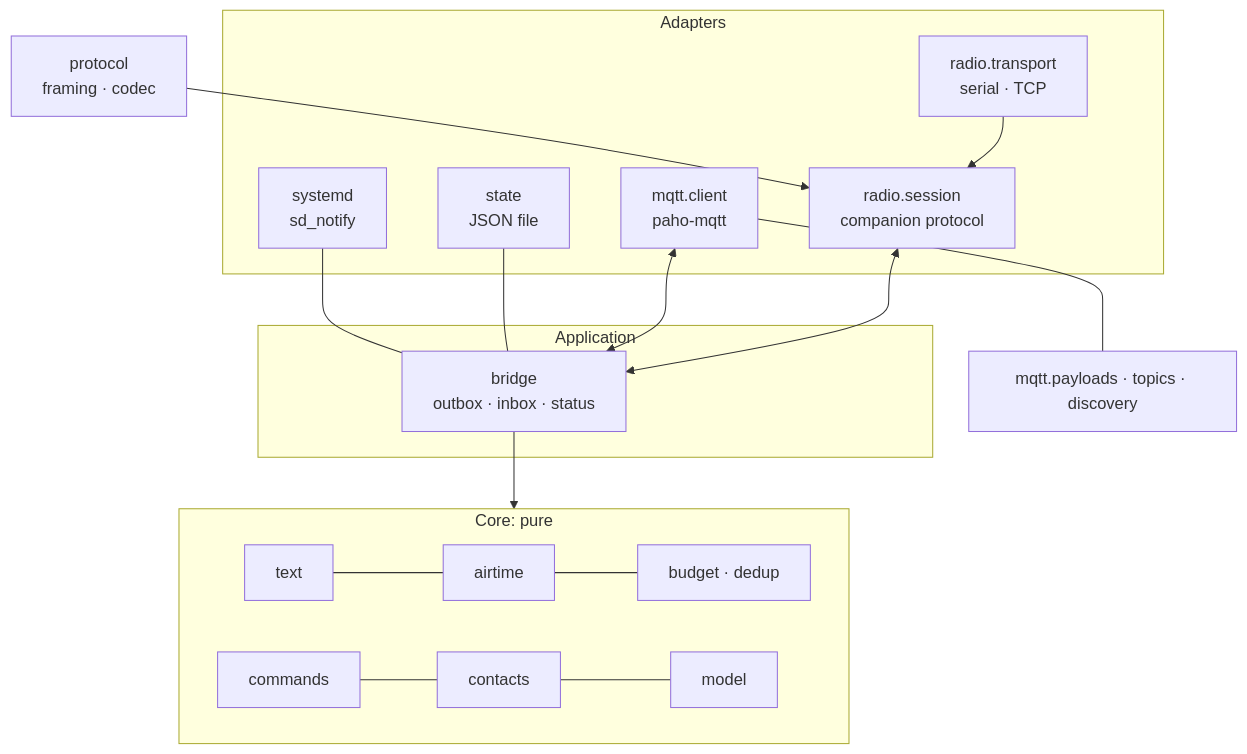
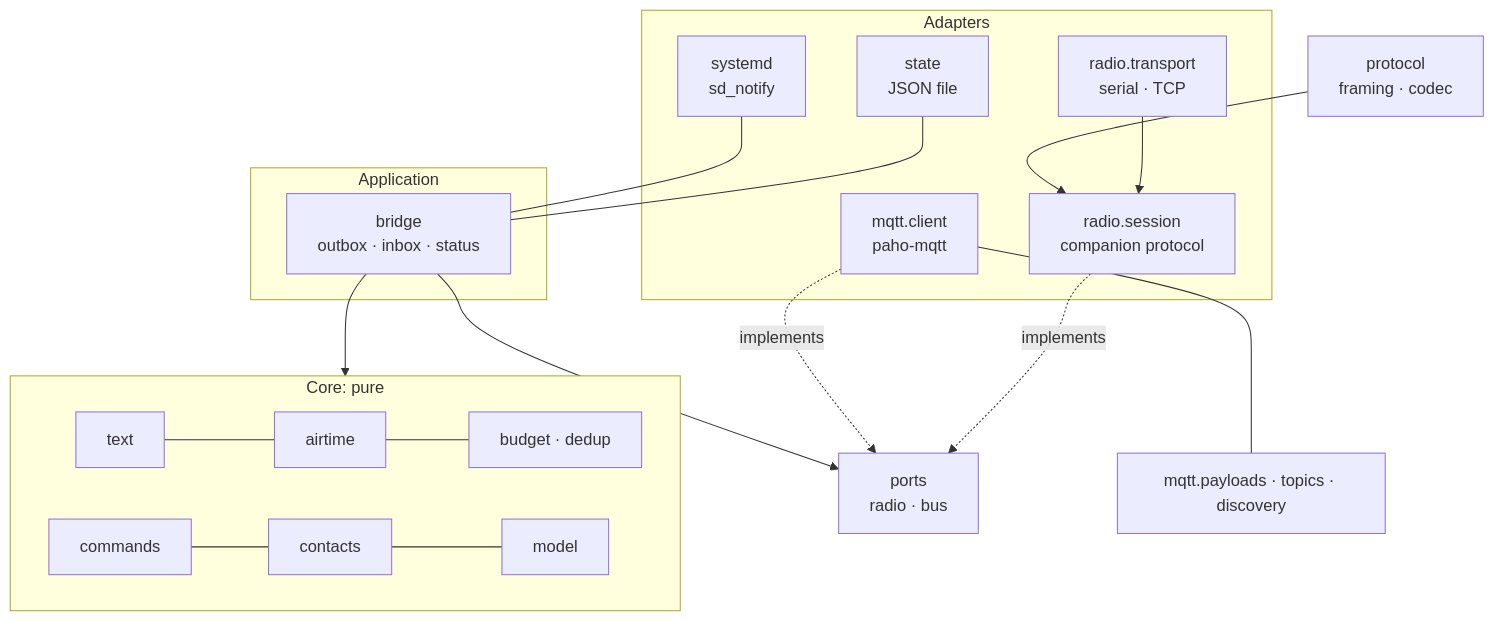
One commit to dkuenzel/meshcore-home-gateway changed the second of 6 diagrams in docs/design.md. Above: the diagram before and after it, drawn with Mermaid. The commit also changed other lines of this file and 29 other files, not shown here.

First line of the commit message:
refactor: the application reaches the radio and the bus through ports

````diff
--- a/docs/design.md
+++ b/docs/design.md
@@ -125,23 +129,25 @@
 ```mermaid
 flowchart TB
     subgraph adapters [Adapters]
         T["radio.transport<br/>serial · TCP"] --> SES[radio.session<br/>companion protocol]
         MQ[mqtt.client<br/>paho-mqtt]
         ST[state<br/>JSON file]
         SD[systemd<br/>sd_notify]
     end
     subgraph app [Application]
         BR[bridge<br/>outbox · inbox · status]
     end
     subgraph core [Core: pure]
         TX[text] --- AT[airtime] --- BU[budget · dedup]
         CO[commands] --- CT[contacts] --- MO[model]
     end
+    PO[ports<br/>radio · bus]
     PR[protocol<br/>framing · codec] --> SES
-    SES <--> BR
-    MQ <--> BR
+    SES -. implements .-> PO
+    MQ -. implements .-> PO
+    BR --> PO
     ST --- BR
     SD --- BR
     BR --> core
     MQ --- PAY[mqtt.payloads · topics · discovery]
 ```
````
